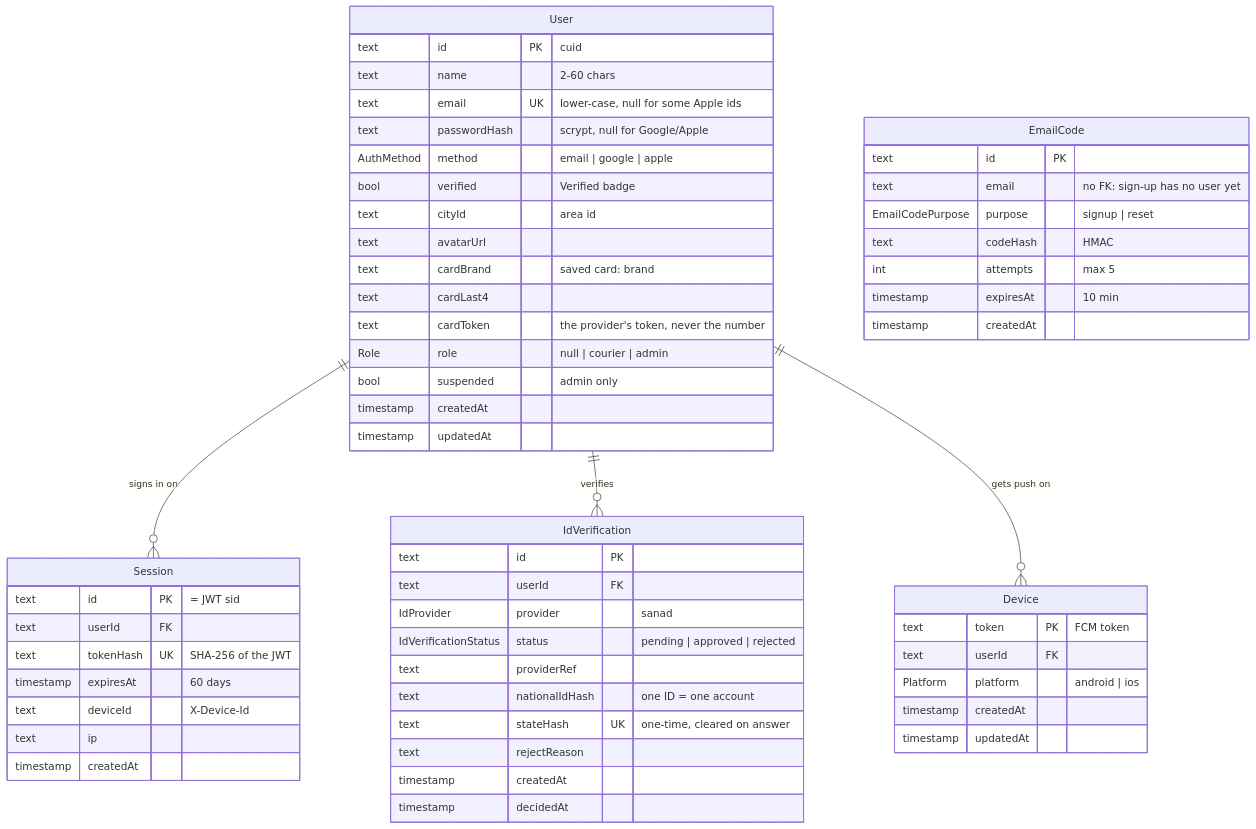
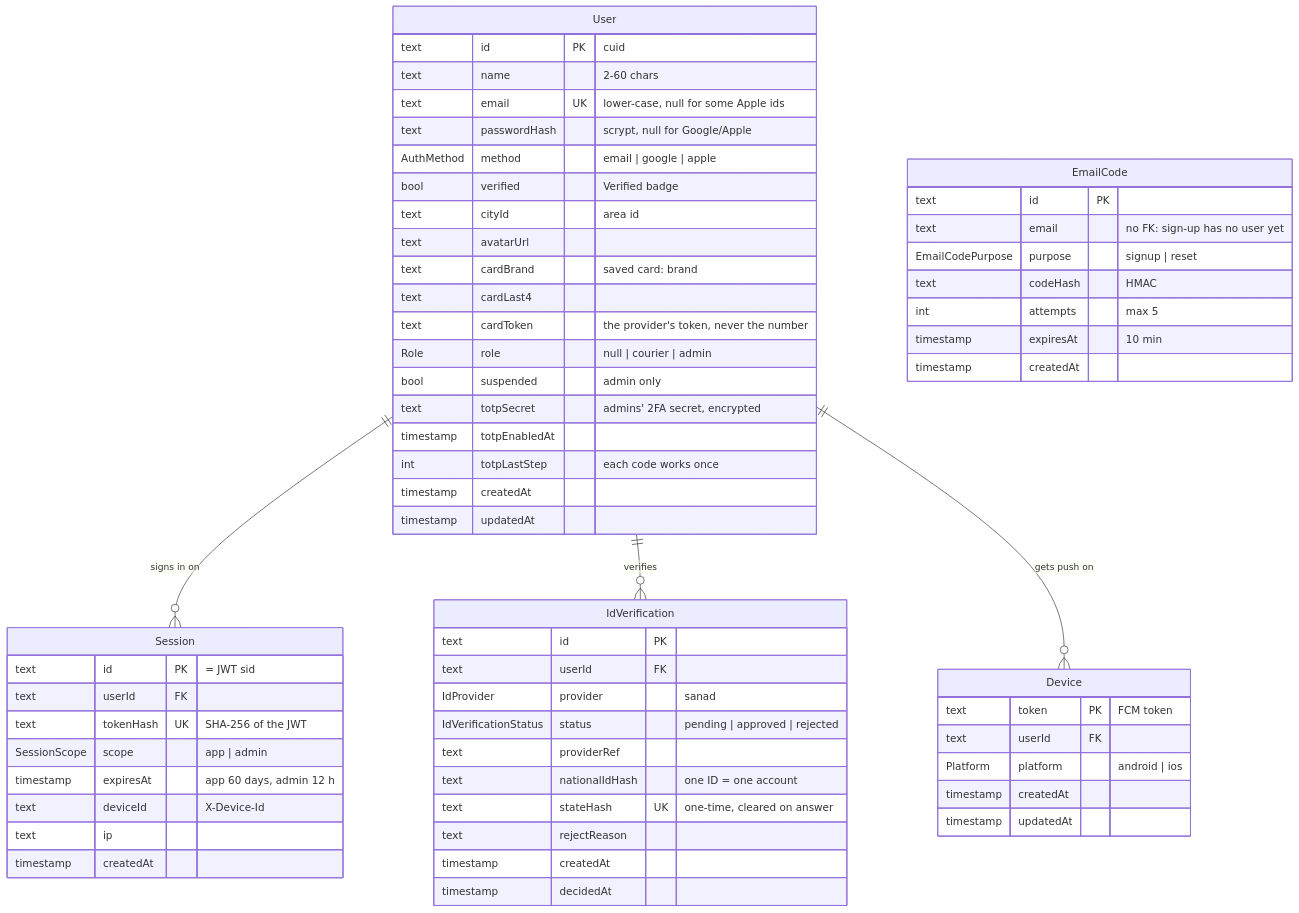
The second of 6 diagrams in docs/DATABASE.md (mustafa-kilany/madmoon-deals), drawn with Mermaid before and after one commit. The commit also changed other lines of this file and 26 other files, not shown here.

````diff
--- a/docs/DATABASE.md
+++ b/docs/DATABASE.md
@@ -69,60 +69,64 @@
 ```mermaid
 erDiagram
   User ||--o{ Session : "signs in on"
   User ||--o{ IdVerification : "verifies"
   User ||--o{ Device : "gets push on"
   User {
     text id PK "cuid"
     text name "2-60 chars"
     text email UK "lower-case, null for some Apple ids"
     text passwordHash "scrypt, null for Google/Apple"
     AuthMethod method "email | google | apple"
     bool verified "Verified badge"
     text cityId "area id"
     text avatarUrl
     text cardBrand "saved card: brand"
     text cardLast4
     text cardToken "the provider's token, never the number"
     Role role "null | courier | admin"
     bool suspended "admin only"
+    text totpSecret "admins' 2FA secret, encrypted"
+    timestamp totpEnabledAt
+    int totpLastStep "each code works once"
     timestamp createdAt
     timestamp updatedAt
   }
   Session {
     text id PK "= JWT sid"
     text userId FK
     text tokenHash UK "SHA-256 of the JWT"
-    timestamp expiresAt "60 days"
+    SessionScope scope "app | admin"
+    timestamp expiresAt "app 60 days, admin 12 h"
     text deviceId "X-Device-Id"
     text ip
     timestamp createdAt
   }
   EmailCode {
     text id PK
     text email "no FK: sign-up has no user yet"
     EmailCodePurpose purpose "signup | reset"
     text codeHash "HMAC"
     int attempts "max 5"
     timestamp expiresAt "10 min"
     timestamp createdAt
   }
   IdVerification {
     text id PK
     text userId FK
     IdProvider provider "sanad"
     IdVerificationStatus status "pending | approved | rejected"
     text providerRef
     text nationalIdHash "one ID = one account"
     text stateHash UK "one-time, cleared on answer"
     text rejectReason
     timestamp createdAt
     timestamp decidedAt
   }
   Device {
     text token PK "FCM token"
     text userId FK
     Platform platform "android | ios"
     timestamp createdAt
     timestamp updatedAt
   }
 ```
````
